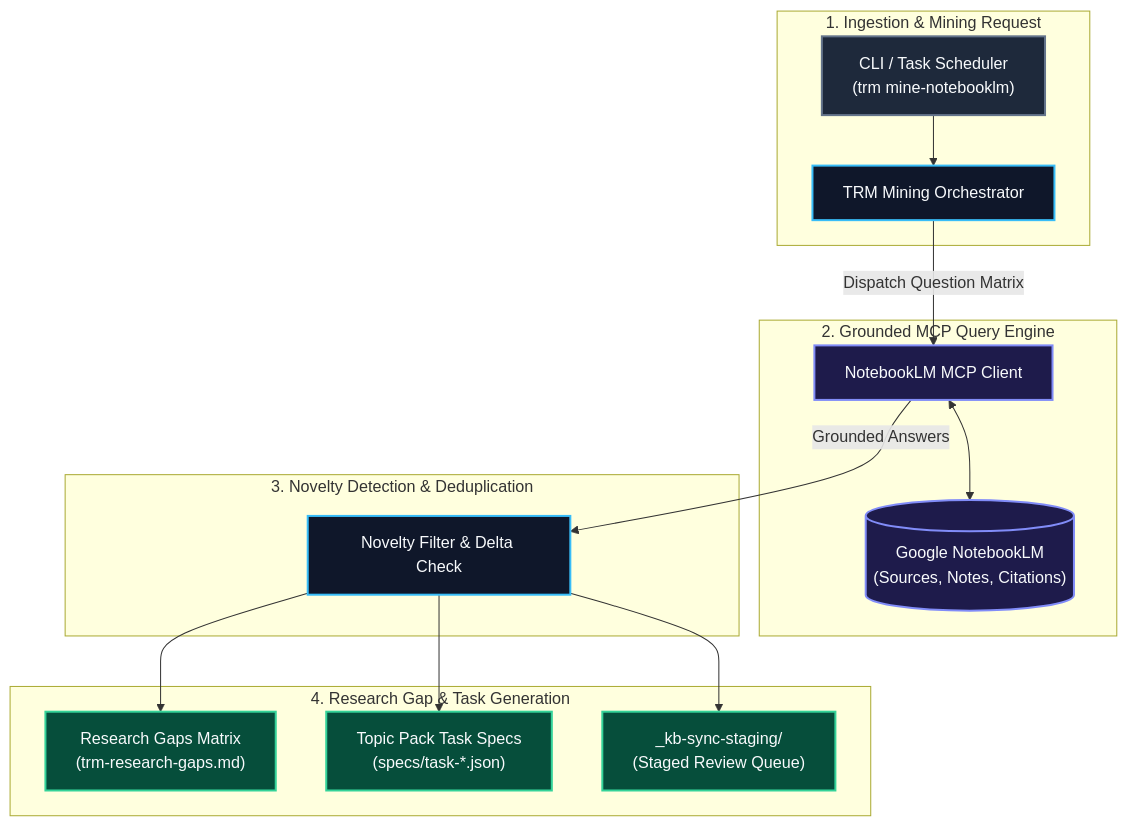
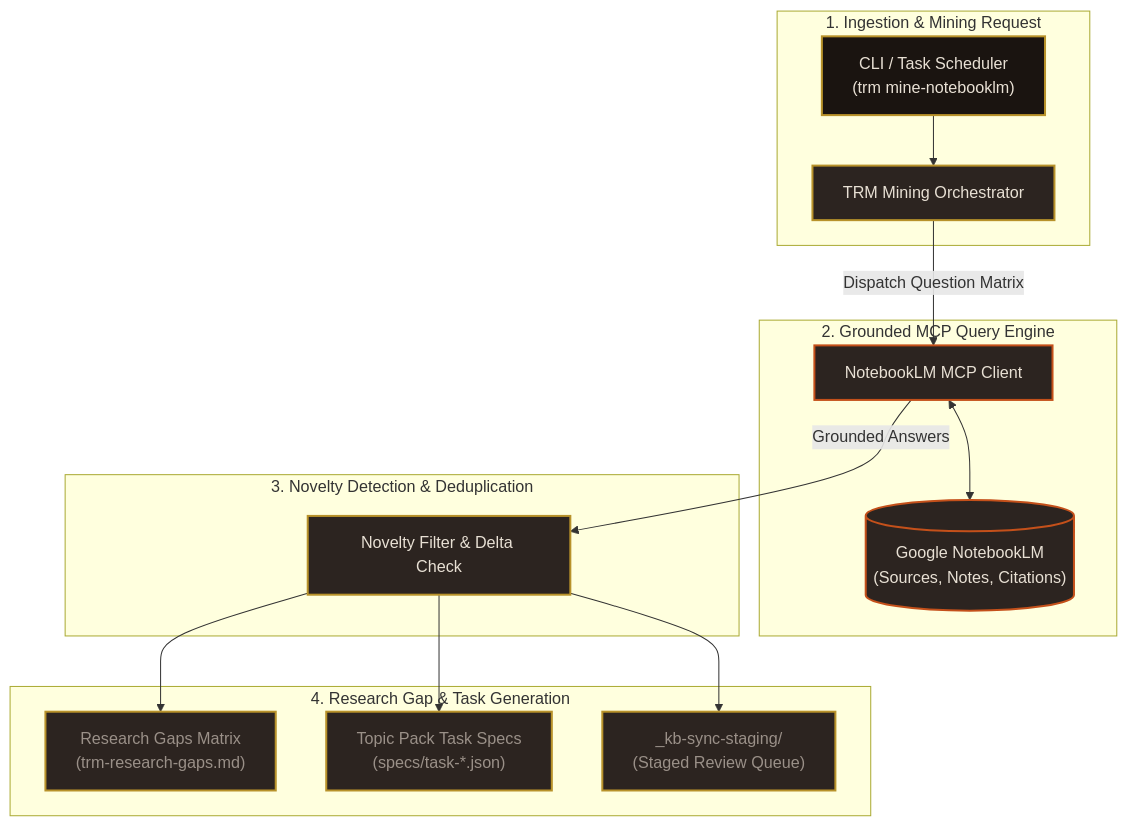
Before and after one commit to sorensencc-dotcom/TRM: the diagram in wiki/NotebookLM-&-Mining-Pipeline.md, drawn with Mermaid. The commit also changed 25 other files, not shown here.

First line of the commit message:
docs(wiki): regenerate diagrams from CIC Industrial tokens (W11)

````diff
--- a/wiki/NotebookLM-&-Mining-Pipeline.md
+++ b/wiki/NotebookLM-&-Mining-Pipeline.md
@@ -37,36 +37,36 @@
 ```mermaid
 flowchart TD
-    classDef clientStyle fill:#1e293b,stroke:#64748b,stroke-width:2px,color:#f8fafc;
-    classDef engineStyle fill:#0f172a,stroke:#38bdf8,stroke-width:2px,color:#f8fafc;
-    classDef mcpStyle fill:#1e1b4b,stroke:#818cf8,stroke-width:2px,color:#f8fafc;
-    classDef outStyle fill:#064e3b,stroke:#34d399,stroke-width:2px,color:#f8fafc;
+    classDef clientStyle fill:#1A1410,stroke:#B8922A,stroke-width:2px,color:#E8E0D4;
+    classDef engineStyle fill:#2C2420,stroke:#B8922A,stroke-width:2px,color:#E8E0D4;
+    classDef mcpStyle fill:#2C2420,stroke:#C4501A,stroke-width:2px,color:#E8E0D4;
+    classDef outStyle fill:#2C2420,stroke:#B8922A,stroke-width:2px,color:#9A9088;
 
     subgraph Client["1. Ingestion & Mining Request"]
         CLI_REQ["CLI / Task Scheduler<br/>(trm mine-notebooklm)"]:::clientStyle
         MINER_ENGINE["TRM Mining Orchestrator"]:::engineStyle
         CLI_REQ --> MINER_ENGINE
     end
 
     subgraph NotebookLM["2. Grounded MCP Query Engine"]
         MCP_SERVER["NotebookLM MCP Client"]:::mcpStyle
         NBLM_NOTEBOOK[("Google NotebookLM<br/>(Sources, Notes, Citations)")]:::mcpStyle
 
         MINER_ENGINE -->|Dispatch Question Matrix| MCP_SERVER
         MCP_SERVER <--> NBLM_NOTEBOOK
     end
 
     subgraph Processing["3. Novelty Detection & Deduplication"]
         DEDUP["Novelty Filter & Delta Check"]:::engineStyle
         MCP_SERVER -->|Grounded Answers| DEDUP
     end
 
     subgraph Outputs["4. Research Gap & Task Generation"]
         GAP_FILE["Research Gaps Matrix<br/>(trm-research-gaps.md)"]:::outStyle
         TASK_SPEC["Topic Pack Task Specs<br/>(specs/task-*.json)"]:::outStyle
         TRIAGE_QUEUE["_kb-sync-staging/<br/>(Staged Review Queue)"]:::outStyle
 
         DEDUP --> GAP_FILE
         DEDUP --> TASK_SPEC
         DEDUP --> TRIAGE_QUEUE
     end
 ```
````
